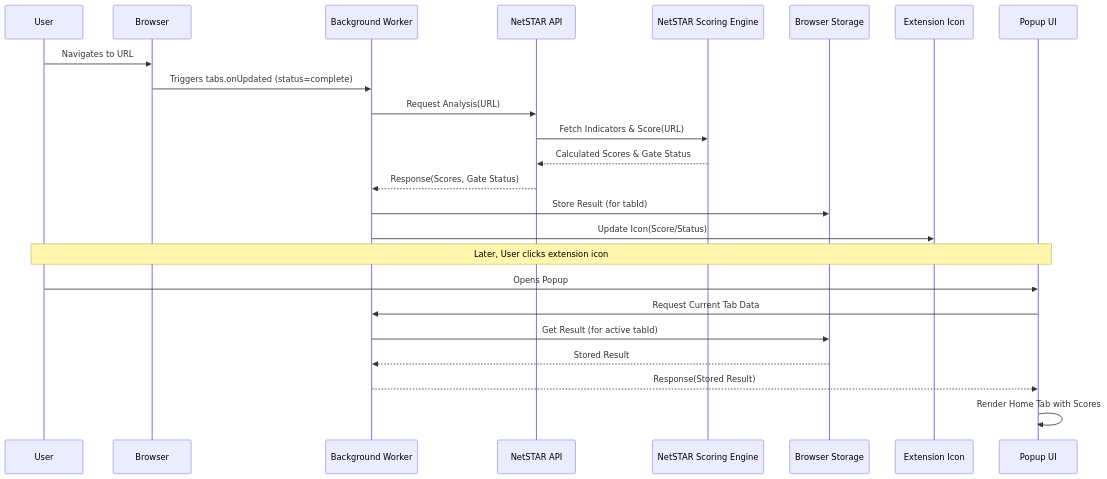
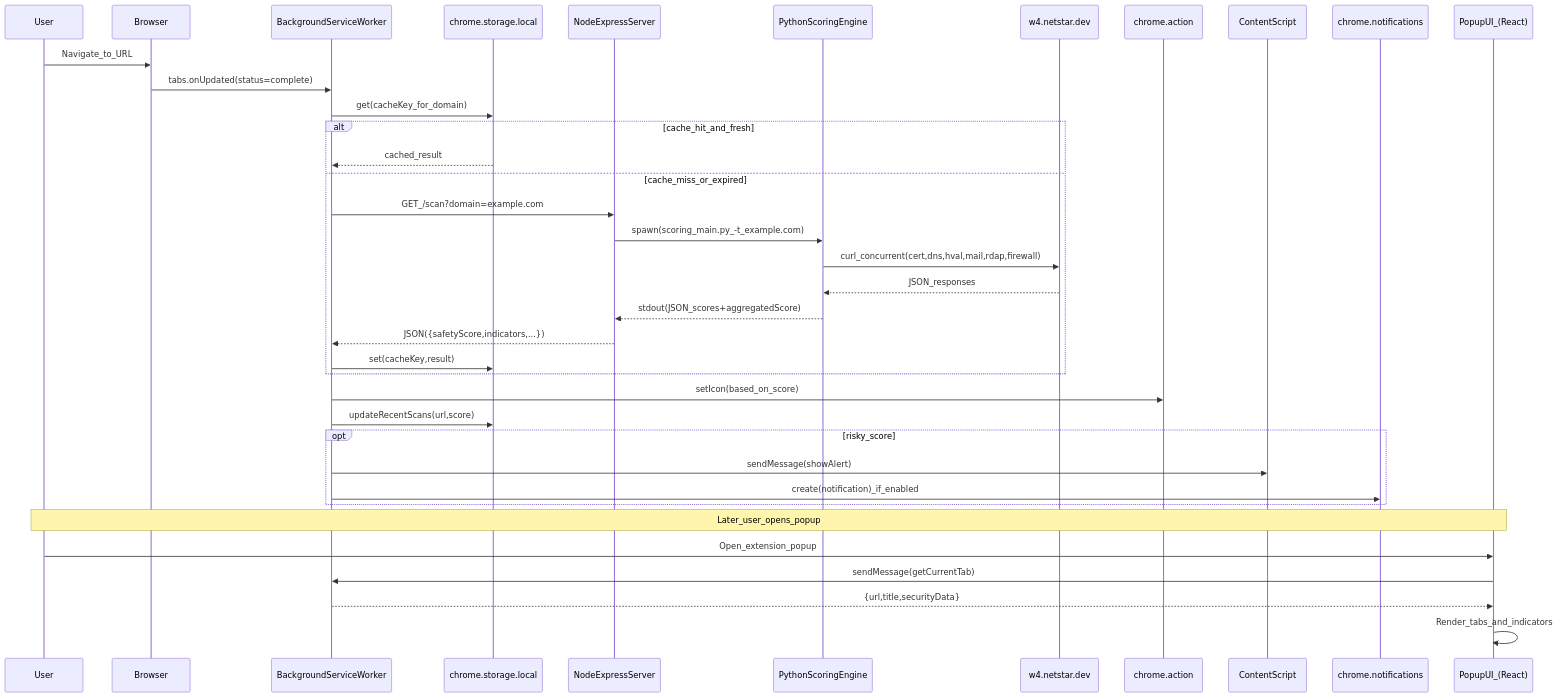
One commit to 21tmccauley/NetSTAR-Shield changed the second of 2 diagrams in Extension/docs/ARCHITECTURE.md. Above: the diagram before and after it, drawn with Mermaid. The commit also changed other lines of this file and 1 other file, not shown here.

````diff
--- a/Extension/docs/ARCHITECTURE.md
+++ b/Extension/docs/ARCHITECTURE.md
@@ -54,29 +51,44 @@
 ```mermaid
 sequenceDiagram
-    participant User
-    participant Browser
-    participant ServiceWorker as Background Worker
-    participant NetSTAR_API as NetSTAR API
-    participant NetSTAR_Scoring as NetSTAR Scoring Engine
-    participant BrowserStorage as Browser Storage
-    participant ExtensionIcon as Extension Icon
-    participant PopupUI as Popup UI
+  participant User
+  participant Browser
+  participant ServiceWorker as BackgroundServiceWorker
+  participant StorageLocal as chrome.storage.local
+  participant NodeServer as NodeExpressServer
+  participant PyEngine as PythonScoringEngine
+  participant NetSTAR as w4.netstar.dev
+  participant ActionIcon as chrome.action
+  participant Content as ContentScript
+  participant Notify as chrome.notifications
+  participant Popup as PopupUI_(React)
 
-    User->>Browser: Navigates to URL
-    Browser->>ServiceWorker: Triggers tabs.onUpdated (status=complete)
-    ServiceWorker->>NetSTAR_API: Request Analysis(URL)
-    NetSTAR_API->>NetSTAR_Scoring: Fetch Indicators & Score(URL)
-    NetSTAR_Scoring-->>NetSTAR_API: Calculated Scores & Gate Status
-    NetSTAR_API-->>ServiceWorker: Response(Scores, Gate Status)
-    ServiceWorker->>BrowserStorage: Store Result (for tabId)
-    ServiceWorker->>ExtensionIcon: Update Icon(Score/Status)
+  User->>Browser: Navigate_to_URL
+  Browser->>ServiceWorker: tabs.onUpdated(status=complete)
 
-    Note over User, PopupUI: Later, User clicks extension icon
+  ServiceWorker->>StorageLocal: get(cacheKey_for_domain)
+  alt cache_hit_and_fresh
+    StorageLocal-->>ServiceWorker: cached_result
+  else cache_miss_or_expired
+    ServiceWorker->>NodeServer: GET_/scan?domain=example.com
+    NodeServer->>PyEngine: spawn(scoring_main.py_-t_example.com)
+    PyEngine->>NetSTAR: curl_concurrent(cert,dns,hval,mail,rdap,firewall)
+    NetSTAR-->>PyEngine: JSON_responses
+    PyEngine-->>NodeServer: stdout(JSON_scores+aggregatedScore)
+    NodeServer-->>ServiceWorker: JSON({safetyScore,indicators,...})
+    ServiceWorker->>StorageLocal: set(cacheKey,result)
+  end
 
-    User->>PopupUI: Opens Popup
-    PopupUI->>ServiceWorker: Request Current Tab Data
-    ServiceWorker->>BrowserStorage: Get Result (for active tabId)
-    BrowserStorage-->>ServiceWorker: Stored Result
-    ServiceWorker-->>PopupUI: Response(Stored Result)
-    PopupUI->>PopupUI: Render Home Tab with Scores
+  ServiceWorker->>ActionIcon: setIcon(based_on_score)
+  ServiceWorker->>StorageLocal: updateRecentScans(url,score)
+
+  opt risky_score
+    ServiceWorker->>Content: sendMessage(showAlert)
+    ServiceWorker->>Notify: create(notification)_if_enabled
+  end
+
+  Note over User,Popup: Later_user_opens_popup
+  User->>Popup: Open_extension_popup
+  Popup->>ServiceWorker: sendMessage(getCurrentTab)
+  ServiceWorker-->>Popup: {url,title,securityData}
+  Popup->>Popup: Render_tabs_and_indicators
 ```
````
